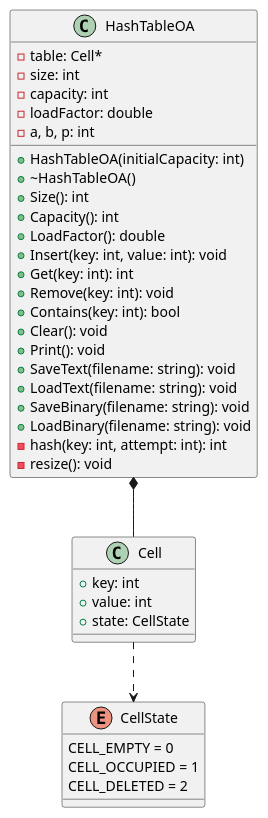
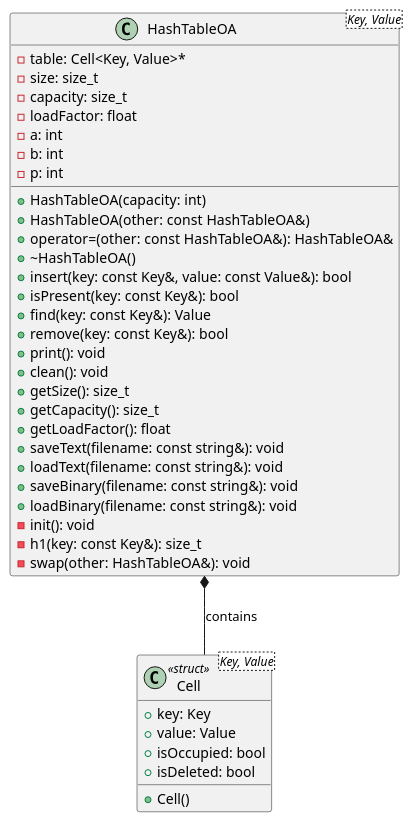
The diagram in UML/hashtable_OA_CPP.puml (CHIKENlvl19/Lab_3_3rd_semester), drawn with PlantUML before and after one commit. The commit also changed 14 other files, not shown here.

```diff
--- a/UML/hashtable_OA_CPP.puml
+++ b/UML/hashtable_OA_CPP.puml
@@ -1,42 +1,44 @@
 @startuml HashTableOA_CPP
-enum CellState {
-  CELL_EMPTY = 0
-  CELL_OCCUPIED = 1
-  CELL_DELETED = 2
+class Cell<Key, Value> <<struct>> {
+  + key: Key
+  + value: Value
+  + isOccupied: bool
+  + isDeleted: bool
+  
+  + Cell()
 }
 
-class Cell {
-  + key: int
-  + value: int
-  + state: CellState
+class HashTableOA<Key, Value> {
+  - table: Cell<Key, Value>*
+  - size: size_t
+  - capacity: size_t
+  - loadFactor: float
+  - a: int
+  - b: int
+  - p: int
+  
+  + HashTableOA(capacity: int)
+  + HashTableOA(other: const HashTableOA&)
+  + operator=(other: const HashTableOA&): HashTableOA&
+  + ~HashTableOA()
+  + insert(key: const Key&, value: const Value&): bool
+  + isPresent(key: const Key&): bool
+  + find(key: const Key&): Value
+  + remove(key: const Key&): bool
+  + print(): void
+  + clean(): void
+  + getSize(): size_t
+  + getCapacity(): size_t
+  + getLoadFactor(): float
+  + saveText(filename: const string&): void
+  + loadText(filename: const string&): void
+  + saveBinary(filename: const string&): void
+  + loadBinary(filename: const string&): void
+  - init(): void
+  - h1(key: const Key&): size_t
+  - swap(other: HashTableOA&): void
 }
 
-class HashTableOA {
-  - table: Cell*
-  - size: int
-  - capacity: int
-  - loadFactor: double
-  - a, b, p: int
-  
-  + HashTableOA(initialCapacity: int)
-  + ~HashTableOA()
-  + Size(): int
-  + Capacity(): int
-  + LoadFactor(): double
-  + Insert(key: int, value: int): void
-  + Get(key: int): int
-  + Remove(key: int): void
-  + Contains(key: int): bool
-  + Clear(): void
-  + Print(): void
-  + SaveText(filename: string): void
-  + LoadText(filename: string): void
-  + SaveBinary(filename: string): void
-  + LoadBinary(filename: string): void
-  - hash(key: int, attempt: int): int
-  - resize(): void
-}
+HashTableOA *-- Cell : contains
 
-HashTableOA *-- Cell
-Cell ..> CellState
 @enduml
```
